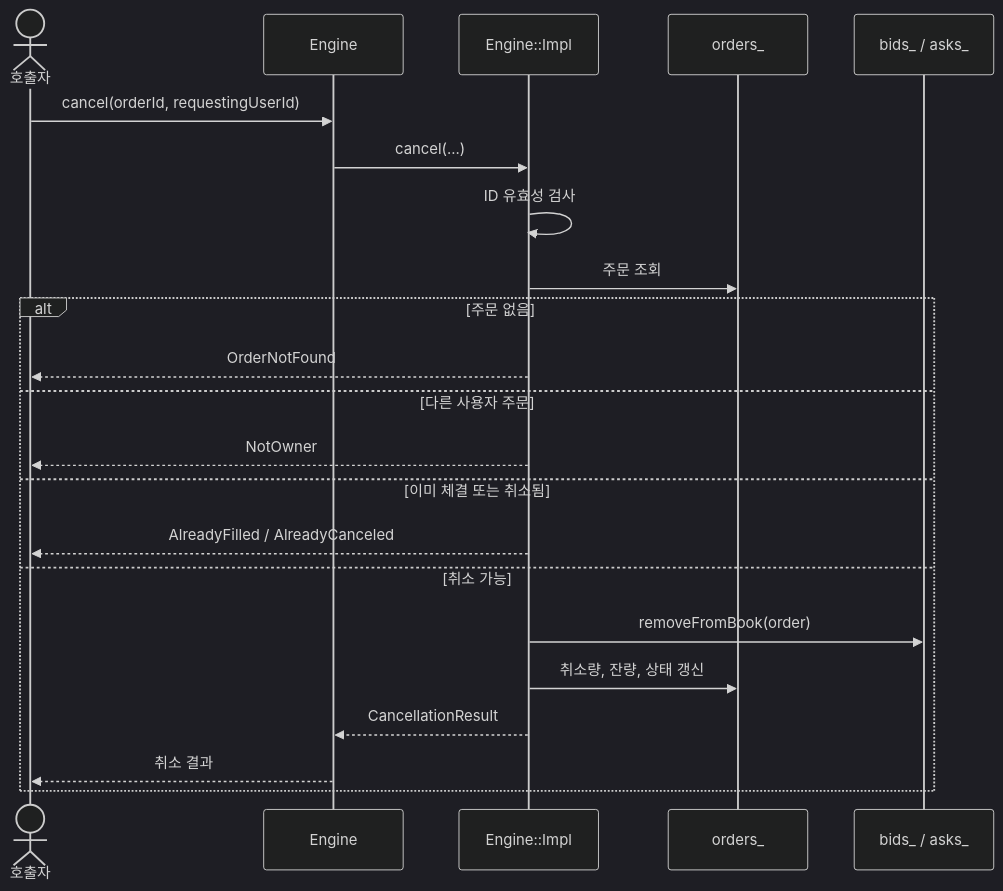
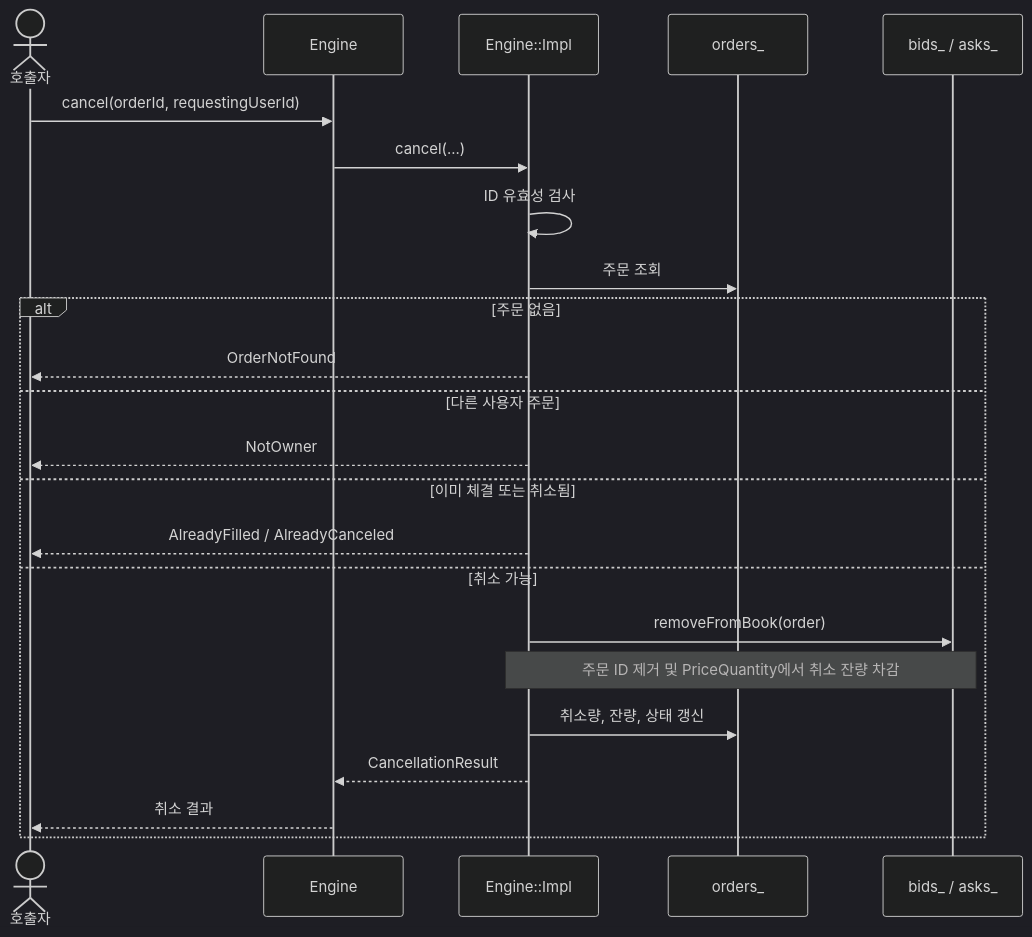
One commit to capstone-hamburger/stock-matching-engine changed the third of 5 diagrams in docs/matching-engine-architecture.md. Above: the diagram before and after it, drawn with Mermaid (dark theme). The commit also changed other lines of this file and 3 other files, not shown here.

````diff
--- a/docs/matching-engine-architecture.md
+++ b/docs/matching-engine-architecture.md
@@ -238,26 +238,27 @@
 ```mermaid
 sequenceDiagram
     actor Caller as 호출자
     participant Engine
     participant Impl as Engine::Impl
     participant Orders as orders_
     participant Book as bids_ / asks_
 
     Caller->>Engine: cancel(orderId, requestingUserId)
     Engine->>Impl: cancel(...)
     Impl->>Impl: ID 유효성 검사
     Impl->>Orders: 주문 조회
 
     alt 주문 없음
         Impl-->>Caller: OrderNotFound
     else 다른 사용자 주문
         Impl-->>Caller: NotOwner
     else 이미 체결 또는 취소됨
         Impl-->>Caller: AlreadyFilled / AlreadyCanceled
     else 취소 가능
         Impl->>Book: removeFromBook(order)
+        Note over Impl,Book: 주문 ID 제거 및 PriceQuantity에서 취소 잔량 차감
         Impl->>Orders: 취소량, 잔량, 상태 갱신
         Impl-->>Engine: CancellationResult
         Engine-->>Caller: 취소 결과
     end
 ```
````
